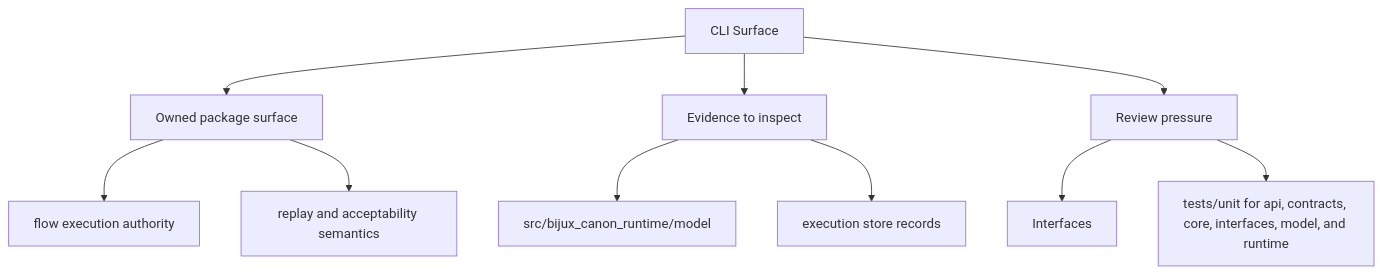
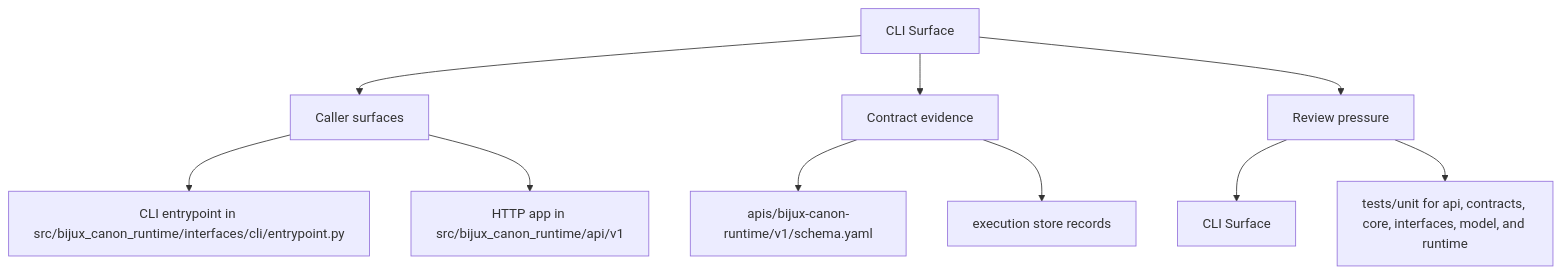
One commit to bijux/bijux-canon changed the second of 2 diagrams in docs/bijux-canon-runtime/interfaces/cli-surface.md. Above: the diagram before and after it, drawn with Mermaid. The commit also changed other lines of this file and 250 other files, not shown here.

Commit message:
docs(diagrams): make product page maps more readable

````diff
--- a/docs/bijux-canon-runtime/interfaces/cli-surface.md
+++ b/docs/bijux-canon-runtime/interfaces/cli-surface.md
@@ -36,22 +36,22 @@
 ```mermaid
 flowchart TD
     page["CLI Surface"]
-    focus1["Owned package surface"]
+    focus1["Caller surfaces"]
     page --> focus1
-    focus1_1["flow execution authority"]
+    focus1_1["CLI entrypoint in src/bijux_canon_runtime/interfaces/cli/entrypoint.py"]
     focus1 --> focus1_1
-    focus1_2["replay and acceptability semantics"]
+    focus1_2["HTTP app in src/bijux_canon_runtime/api/v1"]
     focus1 --> focus1_2
-    focus2["Evidence to inspect"]
+    focus2["Contract evidence"]
     page --> focus2
-    focus2_1["src/bijux_canon_runtime/model"]
+    focus2_1["apis/bijux-canon-runtime/v1/schema.yaml"]
     focus2 --> focus2_1
     focus2_2["execution store records"]
     focus2 --> focus2_2
     focus3["Review pressure"]
     page --> focus3
-    focus3_1["Interfaces"]
+    focus3_1["CLI Surface"]
     focus3 --> focus3_1
     focus3_2["tests/unit for api, contracts, core, interfaces, model, and runtime"]
     focus3 --> focus3_2
 ```
````
